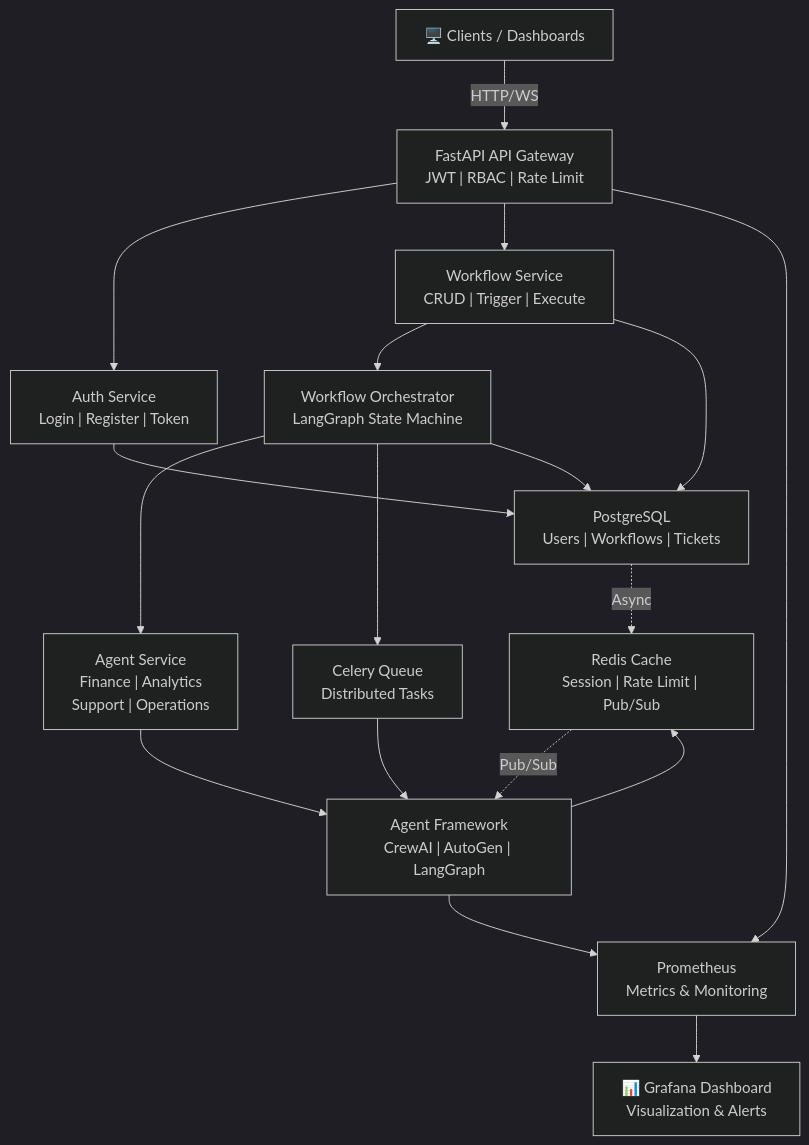
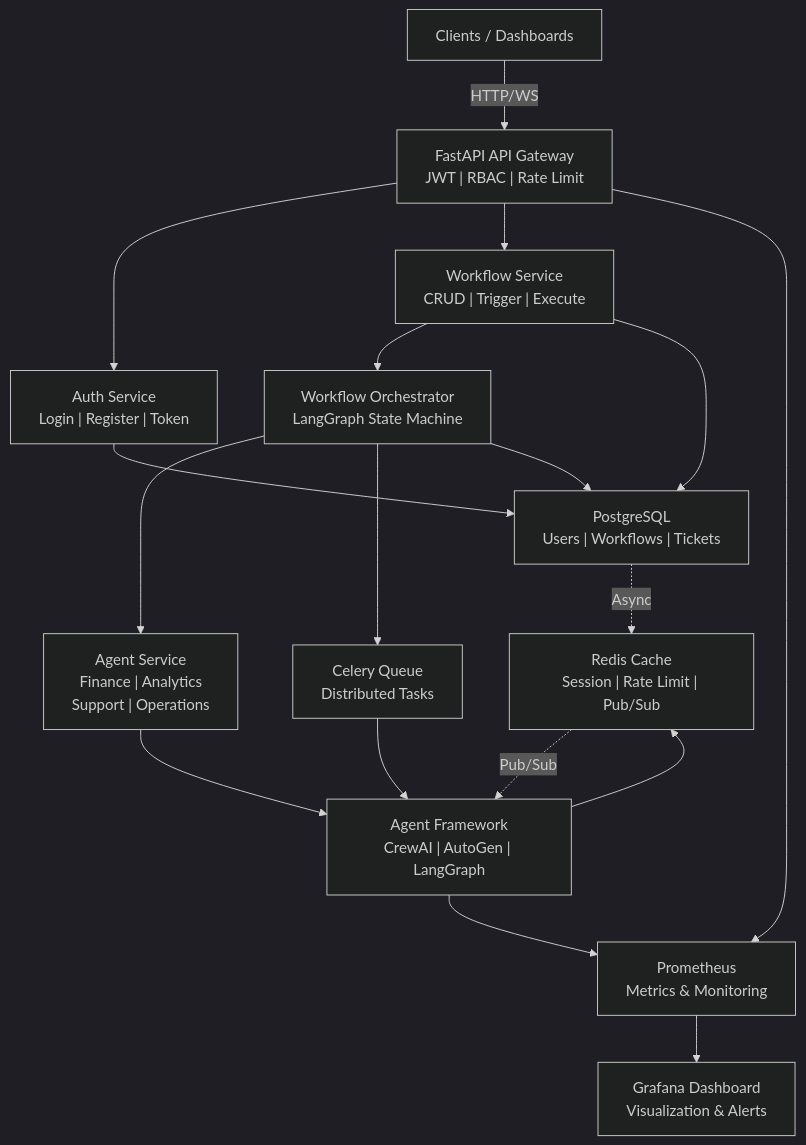
One commit to su-jin1425/Multi-Agent-Business-Automation changed the first of 4 diagrams in README.md. Above: the diagram before and after it, drawn with Mermaid (dark theme).

````diff
--- a/README.md
+++ b/README.md
@@ -7,33 +7,33 @@
 ```mermaid
 graph TB
-    Client["🖥️ Clients / Dashboards"]
+    Client["Clients / Dashboards"]
     GW["FastAPI API Gateway<br/>JWT | RBAC | Rate Limit"]
     Auth["Auth Service<br/>Login | Register | Token"]
     WF["Workflow Service<br/>CRUD | Trigger | Execute"]
     WFO["Workflow Orchestrator<br/>LangGraph State Machine"]
     AgentSvc["Agent Service<br/>Finance | Analytics<br/>Support | Operations"]
     Agents["Agent Framework<br/>CrewAI | AutoGen | LangGraph"]
     DB["PostgreSQL<br/>Users | Workflows | Tickets"]
     Cache["Redis Cache<br/>Session | Rate Limit | Pub/Sub"]
     Queue["Celery Queue<br/>Distributed Tasks"]
     Monitor["Prometheus<br/>Metrics & Monitoring"]
-    Grafana["📊 Grafana Dashboard<br/>Visualization & Alerts"]
+    Grafana["Grafana Dashboard<br/>Visualization & Alerts"]
     
     Client -->|HTTP/WS| GW
     GW --> Auth
     GW --> WF
     WF --> WFO
     WFO --> AgentSvc
     AgentSvc --> Agents
     Agents --> Cache
     WFO --> Queue
     Queue --> Agents
     Auth --> DB
     WF --> DB
     WFO --> DB
     Agents --> Monitor
     GW --> Monitor
     Monitor --> Grafana
     Cache -.->|Pub/Sub| Agents
     DB -.->|Async| Cache
 ```
````
